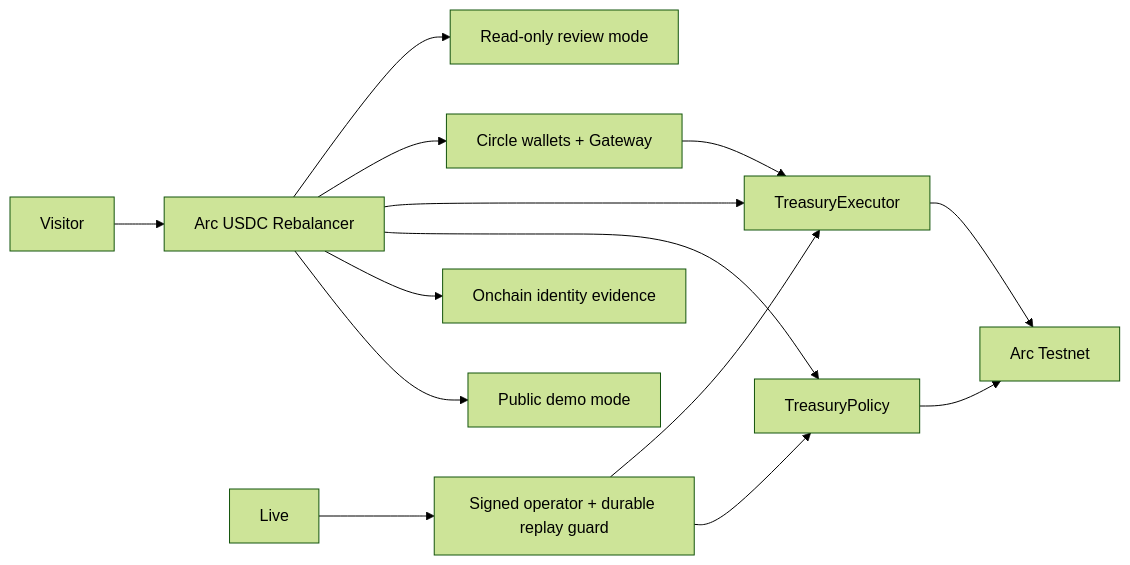
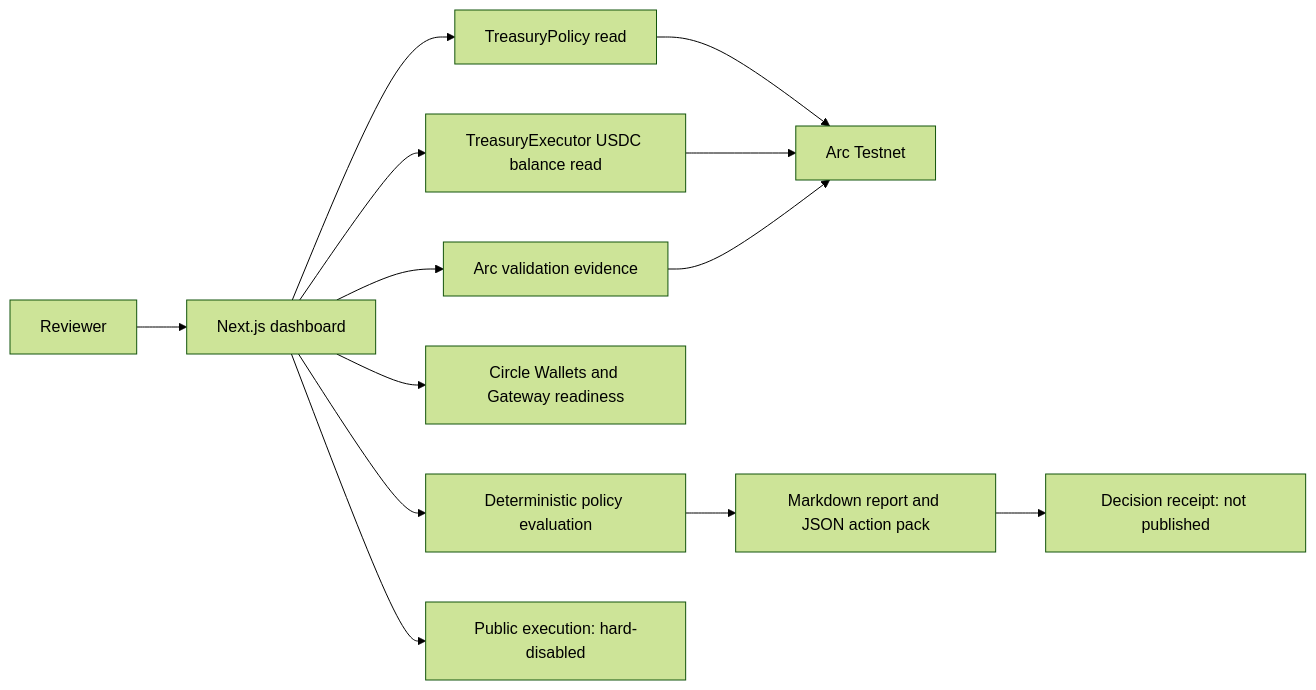
The diagram in README.md (sin199/arc-usdc-rebalancer), drawn with Mermaid (forest theme) before and after one commit. The commit also changed other lines of this file and 1 other file, not shown here.

Commit message:
Align public reviewer documentation

````diff
--- a/README.md
+++ b/README.md
@@ -70,16 +65,15 @@
 ```mermaid
 flowchart LR
-  Visitor["Visitor"] --> UI["Arc USDC Rebalancer"]
-  UI --> Demo["Public demo mode"]
-  UI --> Identity["Onchain identity evidence"]
-  UI --> Policy["TreasuryPolicy"]
-  UI --> Executor["TreasuryExecutor"]
-  UI --> Circle["Circle wallets + Gateway"]
-  UI --> ReadOnly["Read-only review mode"]
-  Live --> Guard["Signed operator + durable replay guard"]
-  Guard --> Policy
-  Guard --> Executor
-  Circle --> Executor
+  Visitor["Reviewer"] --> Web["Next.js dashboard"]
+  Web --> Policy["TreasuryPolicy read"]
+  Web --> Balance["TreasuryExecutor USDC balance read"]
+  Web --> Validation["Arc validation evidence"]
+  Web --> Circle["Circle Wallets and Gateway readiness"]
   Policy --> Arc["Arc Testnet"]
-  Executor --> Arc
+  Balance --> Arc
+  Validation --> Arc
+  Web --> Decision["Deterministic policy evaluation"]
+  Decision --> Report["Markdown report and JSON action pack"]
+  Report --> Receipt["Decision receipt: not published"]
+  Web --> Locked["Public execution: hard-disabled"]
 ```
````
